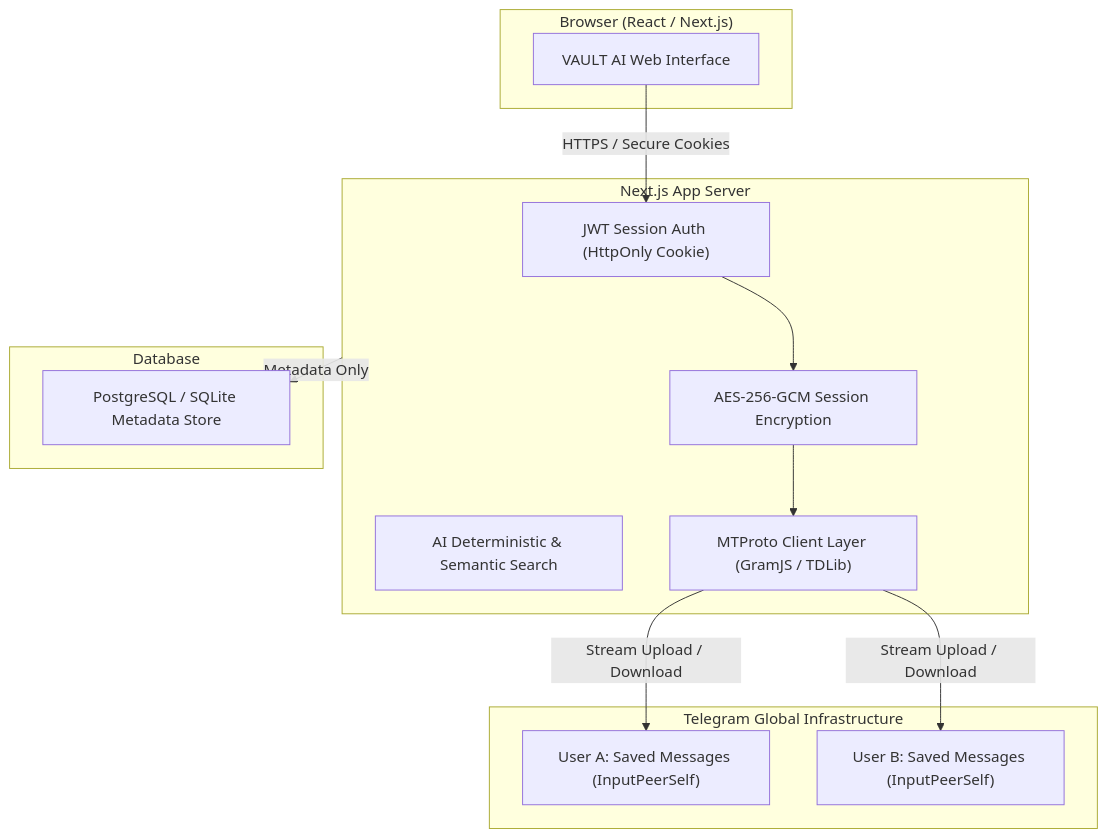
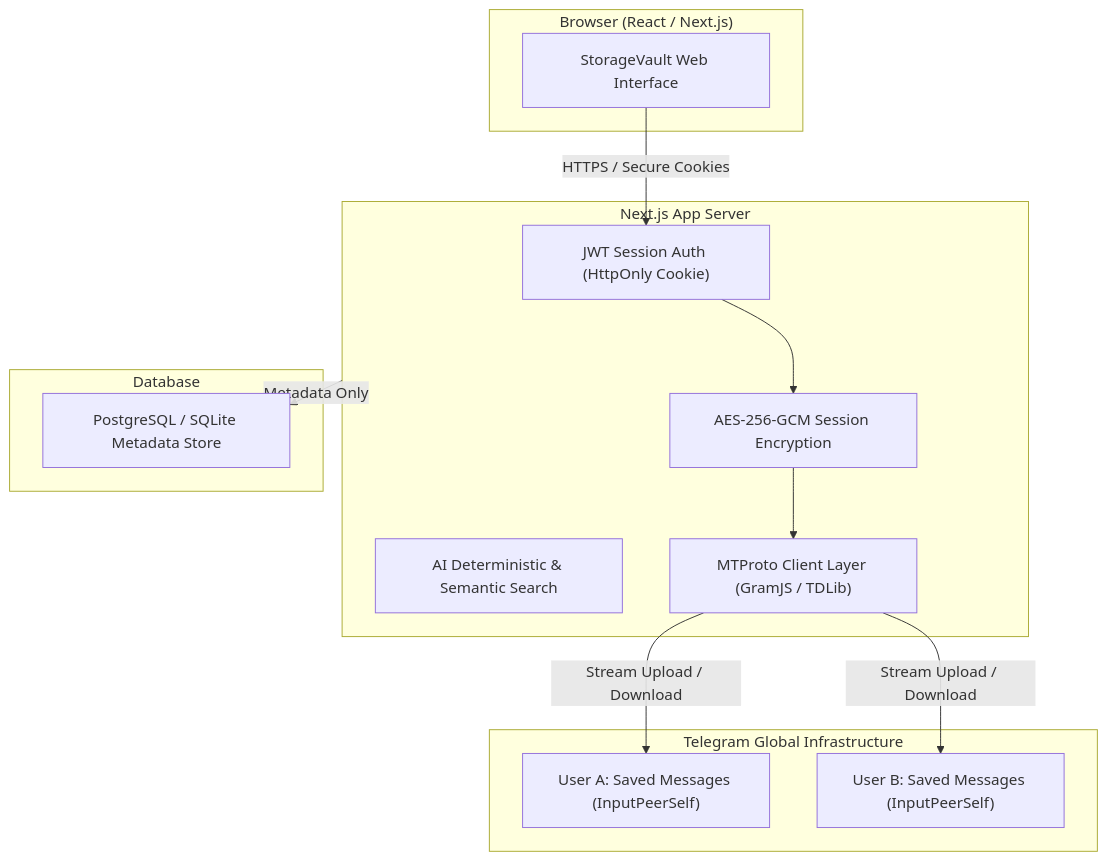
The diagram in README.md (Kshaurya-07/StorageVault), drawn with Mermaid before and after one commit. The commit also changed other lines of this file and 39 other files, not shown here.

Commit message:
feat: complete StorageVault rebranding and neutral theme redesign

````diff
--- a/README.md
+++ b/README.md
@@ -33,29 +33,29 @@
 ```mermaid
 flowchart TD
     subgraph Client["Browser (React / Next.js)"]
-        UI["VAULT AI Web Interface"]
+        UI["StorageVault Web Interface"]
     end
 
     subgraph Server["Next.js App Server"]
         Auth["JWT Session Auth (HttpOnly Cookie)"]
         Crypto["AES-256-GCM Session Encryption"]
         AISearch["AI Deterministic & Semantic Search"]
         MTProto["MTProto Client Layer (GramJS / TDLib)"]
     end
 
     subgraph DB["Database"]
         PG["PostgreSQL / SQLite Metadata Store"]
     end
 
     subgraph Telegram["Telegram Global Infrastructure"]
         SavedA["User A: Saved Messages (InputPeerSelf)"]
         SavedB["User B: Saved Messages (InputPeerSelf)"]
     end
 
     UI -->|HTTPS / Secure Cookies| Auth
     Auth --> Crypto
     Crypto --> MTProto
     Server -->|Metadata Only| PG
     MTProto -->|Stream Upload / Download| SavedA
     MTProto -->|Stream Upload / Download| SavedB
 ```
````
